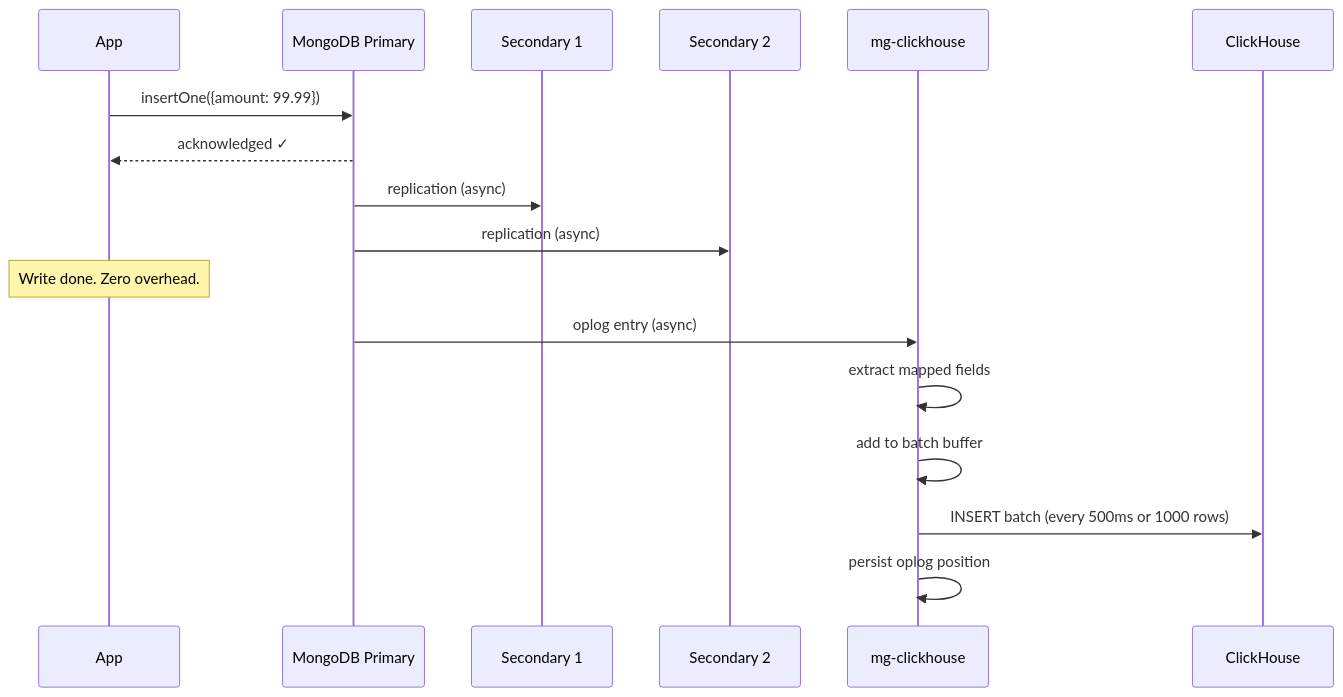
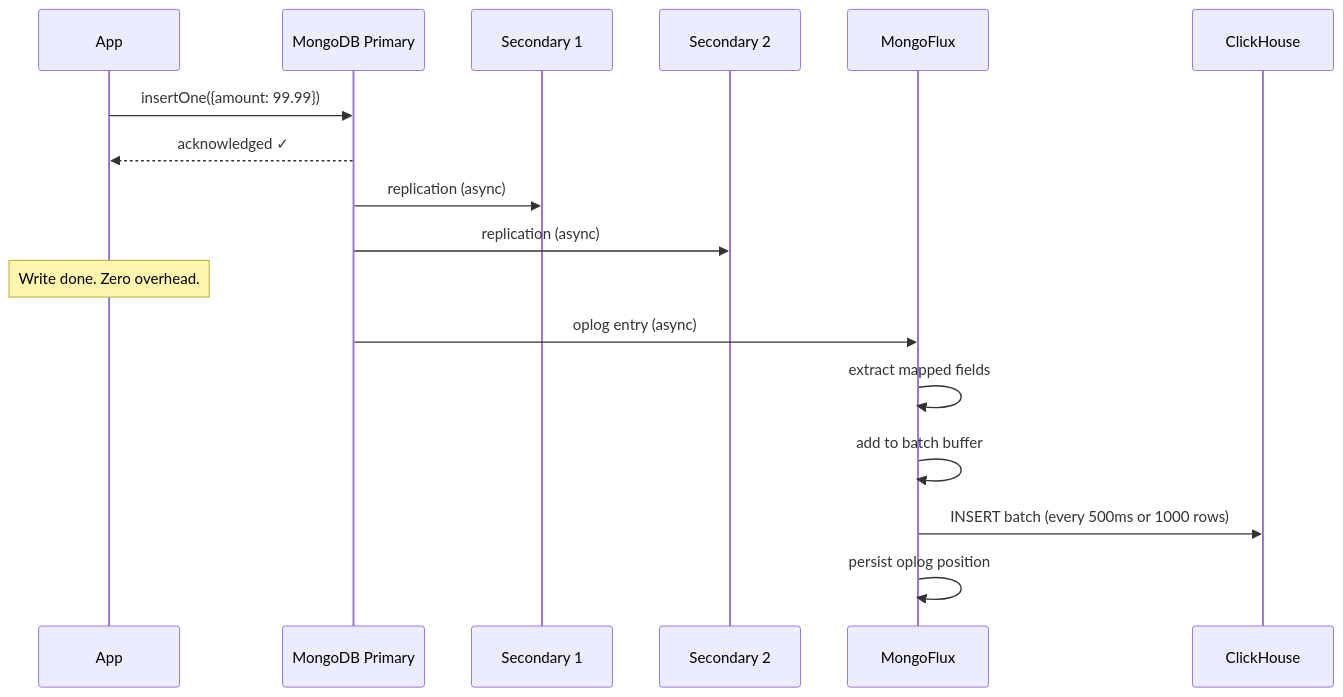
One commit to mrityunjaysharma/mongo-flux changed the second of 7 diagrams in docs/article.md. Above: the diagram before and after it, drawn with Mermaid. The commit also changed other lines of this file and 38 other files, not shown here.

````diff
--- a/docs/article.md
+++ b/docs/article.md
@@ -55,21 +55,21 @@
 ```mermaid
 sequenceDiagram
     participant App
     participant Primary as MongoDB Primary
     participant S1 as Secondary 1
     participant S2 as Secondary 2
-    participant mgch as mg-clickhouse
+    participant mf as MongoFlux
     participant CH as ClickHouse
 
     App->>Primary: insertOne({amount: 99.99})
     Primary-->>App: acknowledged ✓
     Primary->>S1: replication (async)
     Primary->>S2: replication (async)
     Note over App: Write done. Zero overhead.
 
-    Primary->>mgch: oplog entry (async)
-    mgch->>mgch: extract mapped fields
-    mgch->>mgch: add to batch buffer
-    mgch->>CH: INSERT batch (every 500ms or 1000 rows)
-    mgch->>mgch: persist oplog position
+    Primary->>mf: oplog entry (async)
+    mf->>mf: extract mapped fields
+    mf->>mf: add to batch buffer
+    mf->>CH: INSERT batch (every 500ms or 1000 rows)
+    mf->>mf: persist oplog position
 ```
````
